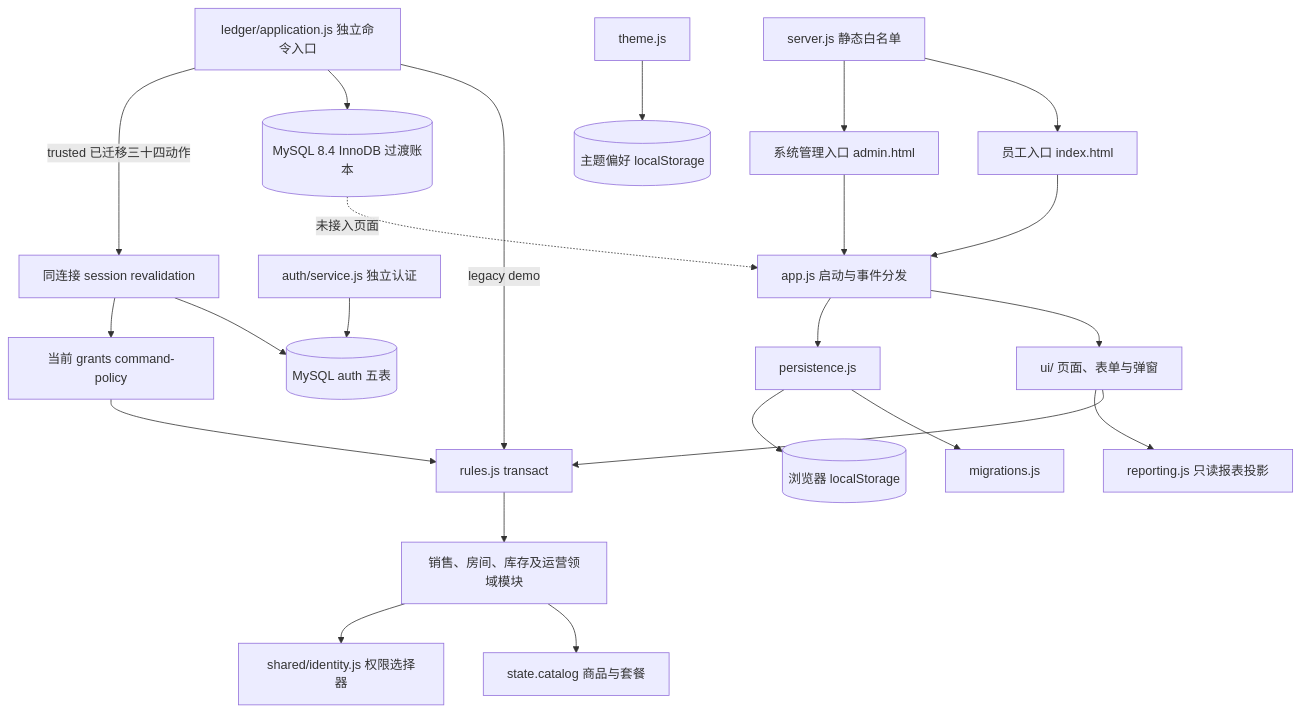
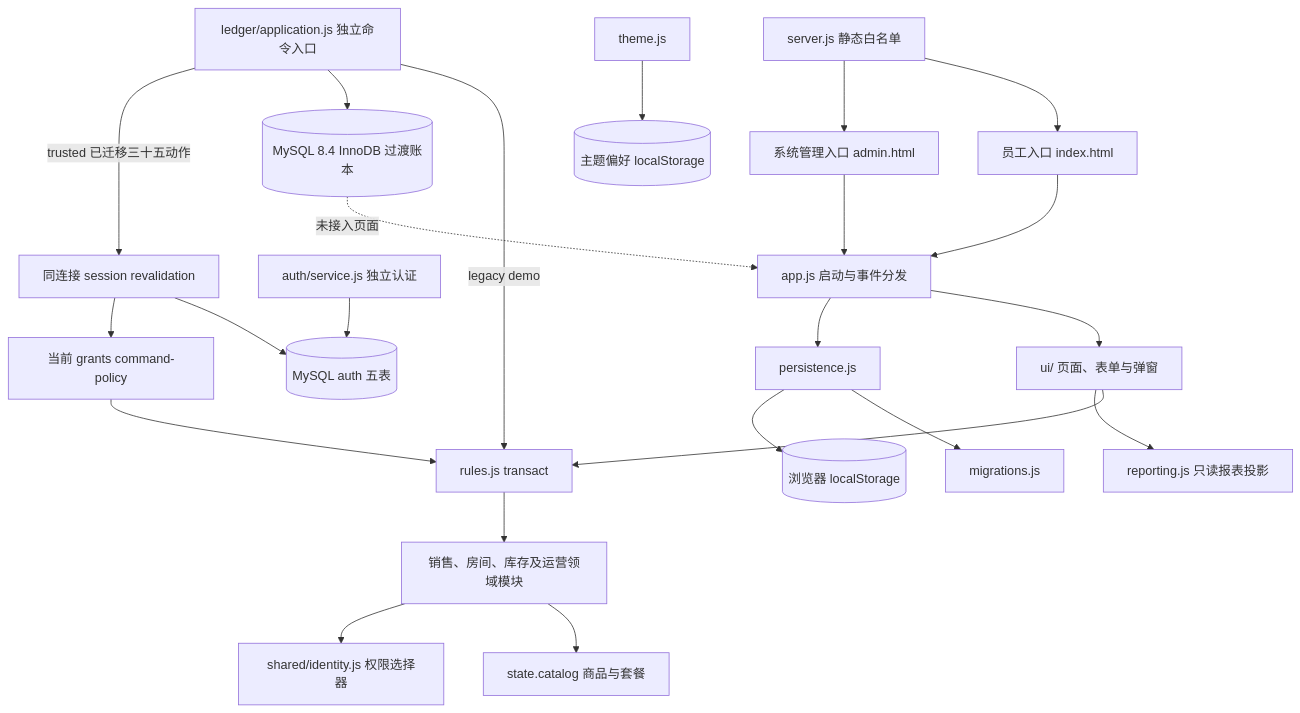
One commit to Richard-Zhuo/codex-KTV changed the diagram in docs/ARCHITECTURE.md. Above: the diagram before and after it, drawn with Mermaid. The commit also changed other lines of this file and 29 other files, not shown here.

````diff
--- a/docs/ARCHITECTURE.md
+++ b/docs/ARCHITECTURE.md
@@ -7,25 +7,25 @@
 ```mermaid
 flowchart TD
   E[员工入口 index.html] --> APP[app.js 启动与事件分发]
   A[系统管理入口 admin.html] --> APP
   APP --> UI[ui/ 页面、表单与弹窗]
   APP --> P[persistence.js]
   P --> M[migrations.js]
   P --> LS[(浏览器 localStorage)]
   UI --> TX[rules.js transact]
   TX --> D[销售、房间、库存及运营领域模块]
   UI --> REP[reporting.js 只读报表投影]
   D --> C[state.catalog 商品与套餐]
   D --> ID[shared/identity.js 权限选择器]
   T[theme.js] --> PREF[(主题偏好 localStorage)]
   S[server.js 静态白名单] --> E
   S --> A
   L[ledger/application.js 独立命令入口] -->|legacy demo| TX
   L --> DB[(MySQL 8.4 InnoDB 过渡账本)]
   AUTH[auth/service.js 独立认证] --> AUTHDB[(MySQL auth 五表)]
-  L -->|trusted 已迁移三十四动作| RV[同连接 session revalidation]
+  L -->|trusted 已迁移三十五动作| RV[同连接 session revalidation]
   RV --> AUTHDB
   RV --> CP[当前 grants command-policy]
   CP --> TX
   DB -. 未接入页面 .-> APP
 ```
````
